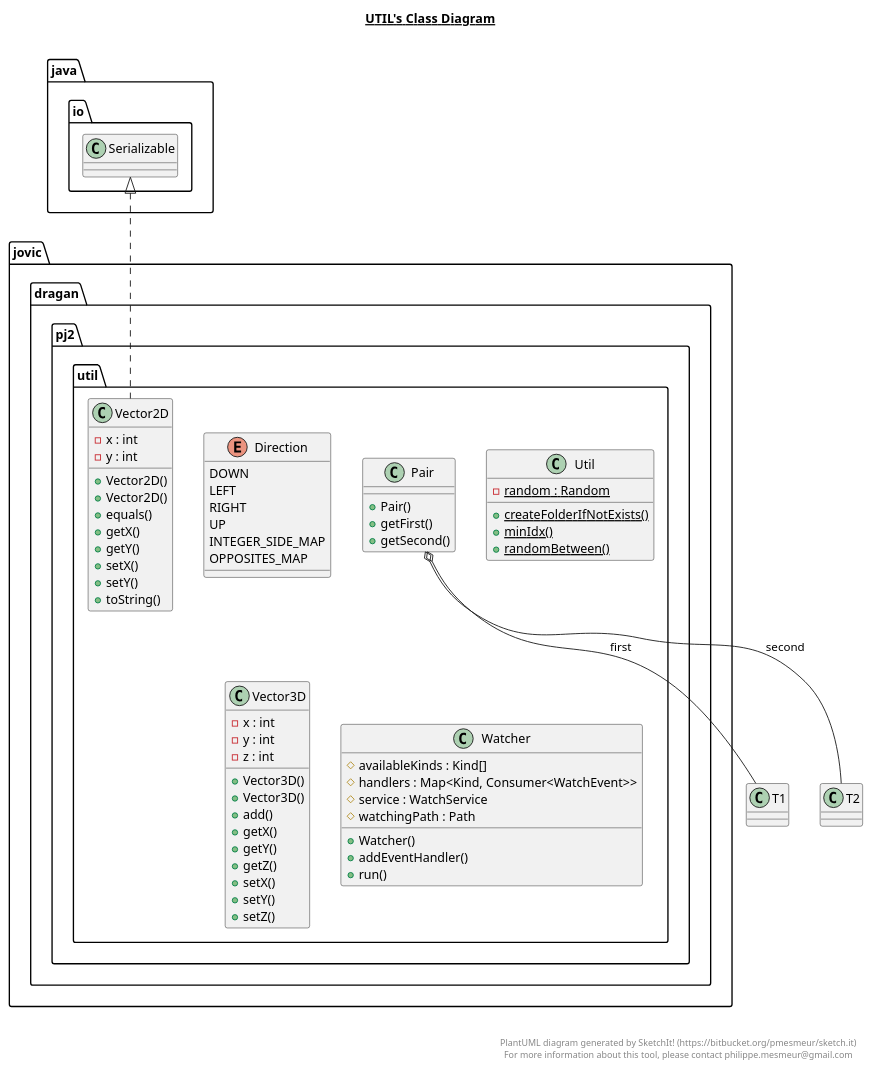
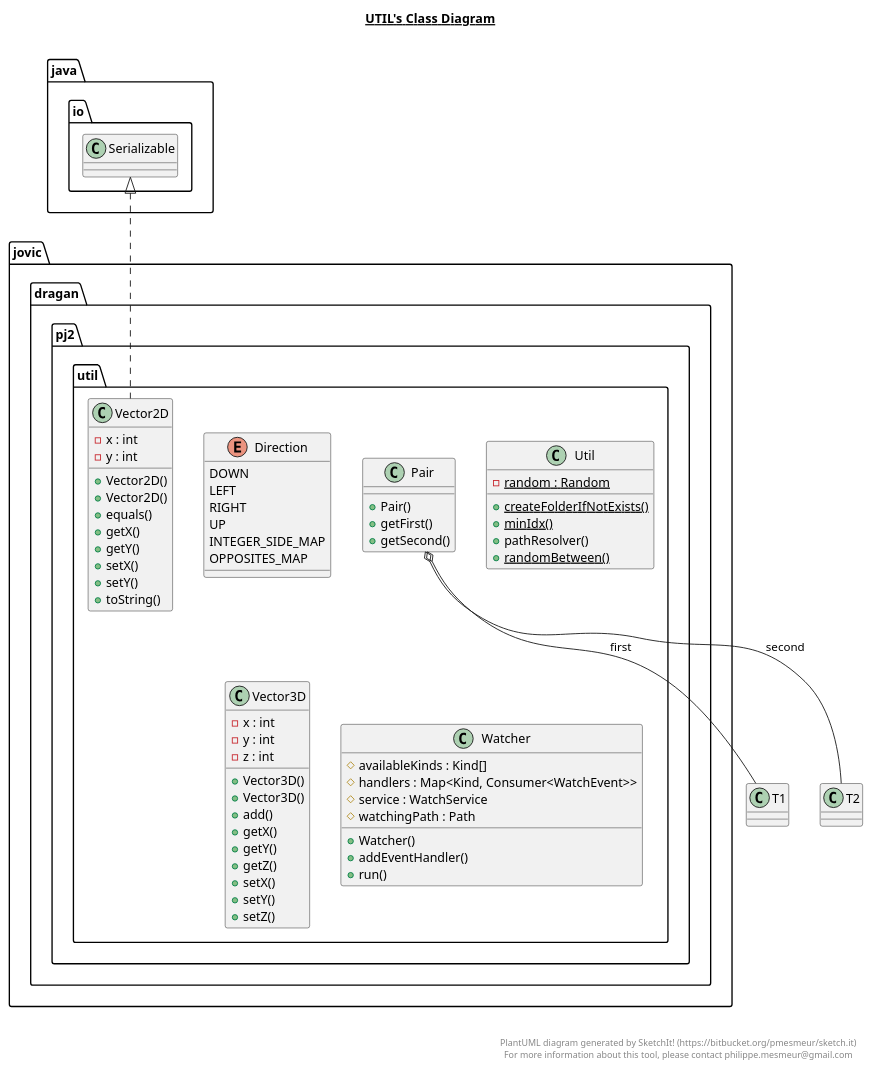
One commit to Coki32/PJ2_Projektni changed the diagram in src/jovic/dragan/pj2/util/util.plantuml. Above: the diagram before and after it, drawn with PlantUML. The commit also changed 51 other files, not shown here.

```diff
--- a/src/jovic/dragan/pj2/util/util.plantuml
+++ b/src/jovic/dragan/pj2/util/util.plantuml
@@ -1,95 +1,96 @@
 @startuml
 
 title __UTIL's Class Diagram__\n
 
   namespace jovic.dragan.pj2.util {
     enum Direction {
       DOWN
       LEFT
       RIGHT
       UP
       INTEGER_SIDE_MAP
       OPPOSITES_MAP
     }
   }
   
 
   namespace jovic.dragan.pj2.util {
     class jovic.dragan.pj2.util.Pair {
         + Pair()
         + getFirst()
         + getSecond()
     }
   }
   
 
   namespace jovic.dragan.pj2.util {
     class jovic.dragan.pj2.util.Util {
         {static} - random : Random
         {static} + createFolderIfNotExists()
         {static} + minIdx()
+        + pathResolver()
         {static} + randomBetween()
     }
   }
   
 
   namespace jovic.dragan.pj2.util {
     class jovic.dragan.pj2.util.Vector2D {
         - x : int
         - y : int
         + Vector2D()
         + Vector2D()
         + equals()
         + getX()
         + getY()
         + setX()
         + setY()
         + toString()
     }
   }
   
 
   namespace jovic.dragan.pj2.util {
     class jovic.dragan.pj2.util.Vector3D {
         - x : int
         - y : int
         - z : int
         + Vector3D()
         + Vector3D()
         + add()
         + getX()
         + getY()
         + getZ()
         + setX()
         + setY()
         + setZ()
     }
   }
   
 
   namespace jovic.dragan.pj2.util {
     class jovic.dragan.pj2.util.Watcher {
         # availableKinds : Kind[]
         # handlers : Map<Kind, Consumer<WatchEvent>>
         # service : WatchService
         # watchingPath : Path
         + Watcher()
         + addEventHandler()
         + run()
     }
   }
   
 
   jovic.dragan.pj2.util.Pair o-- T1 : first
   jovic.dragan.pj2.util.Pair o-- T2 : second
   jovic.dragan.pj2.util.Vector2D .up.|> java.io.Serializable
 
 
 right footer
 
 
 PlantUML diagram generated by SketchIt! (https://bitbucket.org/pmesmeur/sketch.it)
 For more information about this tool, please contact philippe.mesmeur@gmail.com
 endfooter
 
 @enduml
```
